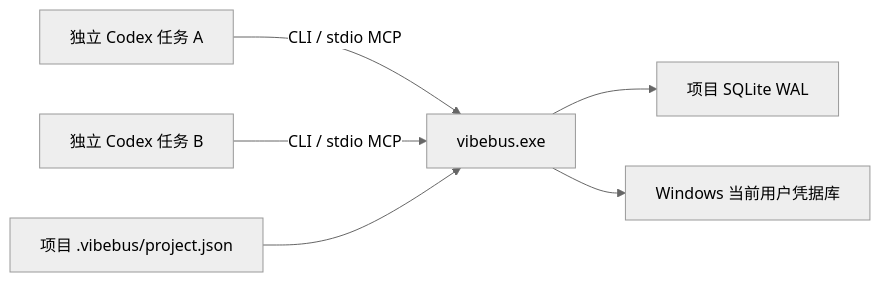
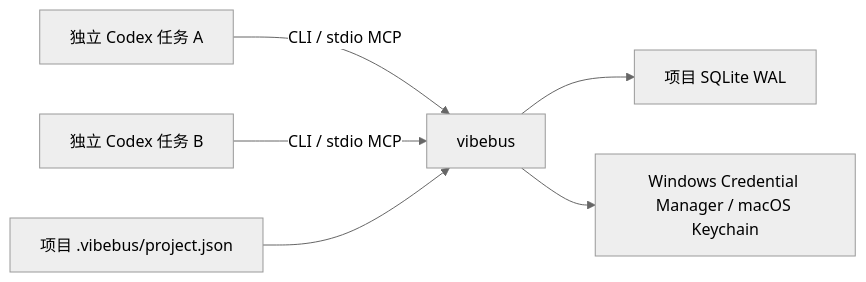
The diagram in README.md (lakeofsky347/VibeBus), drawn with Mermaid (neutral theme) before and after one commit. The commit also changed other lines of this file and 31 other files, not shown here.

````diff
--- a/README.md
+++ b/README.md
@@ -58,8 +75,8 @@
 ```mermaid
 flowchart LR
-    A[独立 Codex 任务 A] -->|CLI / stdio MCP| X[vibebus.exe]
+    A[独立 Codex 任务 A] -->|CLI / stdio MCP| X[vibebus]
     B[独立 Codex 任务 B] -->|CLI / stdio MCP| X
     X --> D[项目 SQLite WAL]
-    X --> V[Windows 当前用户凭据库]
+    X --> V[Windows Credential Manager / macOS Keychain]
     R[项目 .vibebus/project.json] --> X
 ```
````
